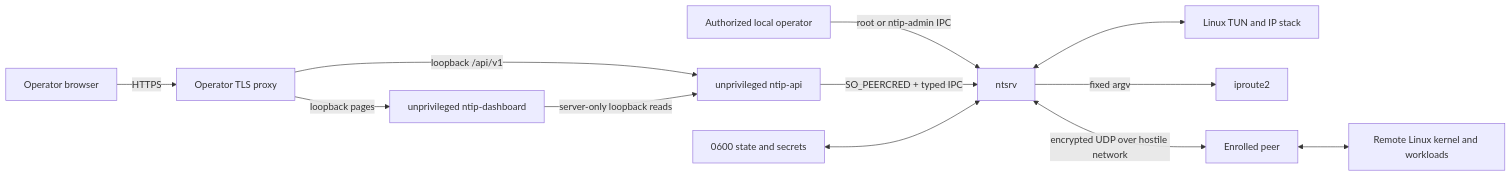
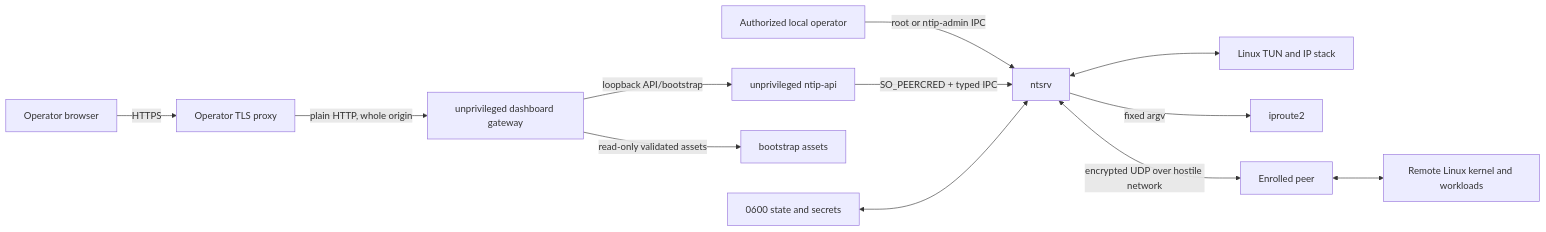
One commit to nulldoubt/ntip changed the diagram in docs/threat-model.md. Above: the diagram before and after it, drawn with Mermaid. The commit also changed other lines of this file and 34 other files, not shown here.

Commit message:
feat: expose dashboard through bounded HTTP gateway

````diff
--- a/docs/threat-model.md
+++ b/docs/threat-model.md
@@ -38,14 +39,14 @@
 ```mermaid
 flowchart LR
     operator["Authorized local operator"] -->|"root or ntip-admin IPC"| daemon["ntsrv"]
     browser["Operator browser"] -->|"HTTPS"| proxy["Operator TLS proxy"]
-    proxy -->|"loopback pages"| dashboard["unprivileged ntip-dashboard"]
-    proxy -->|"loopback /api/v1"| api["unprivileged ntip-api"]
-    dashboard -->|"server-only loopback reads"| api
+    proxy -->|"plain HTTP, whole origin"| dashboard["unprivileged dashboard gateway"]
+    dashboard -->|"loopback API/bootstrap"| api["unprivileged ntip-api"]
+    dashboard -->|"read-only validated assets"| assets["bootstrap assets"]
     api -->|"SO_PEERCRED + typed IPC"| daemon
     files["0600 state and secrets"] <--> daemon
     daemon <--> tun["Linux TUN and IP stack"]
     daemon -->|"fixed argv"| ip["iproute2"]
     daemon <-->|"encrypted UDP over hostile network"| peer["Enrolled peer"]
     peer <--> peerKernel["Remote Linux kernel and workloads"]
 ```
````
